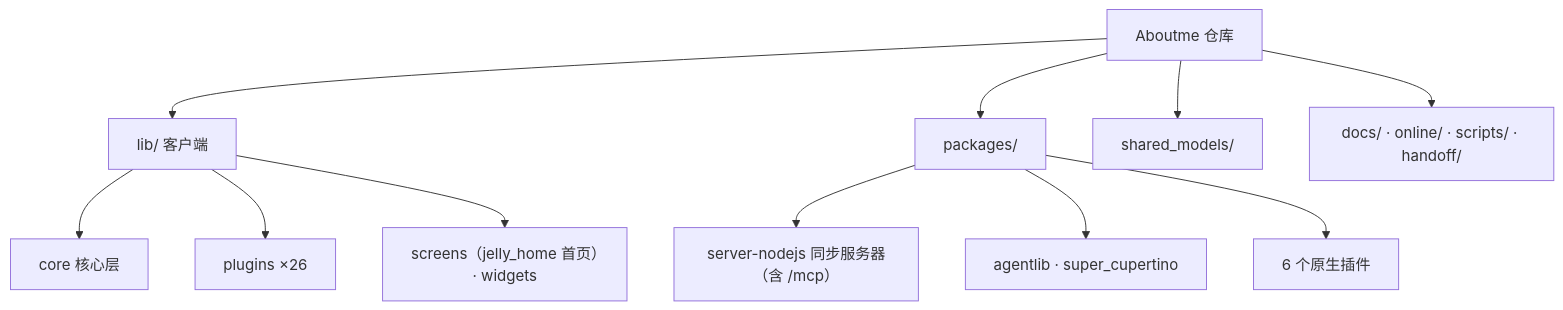
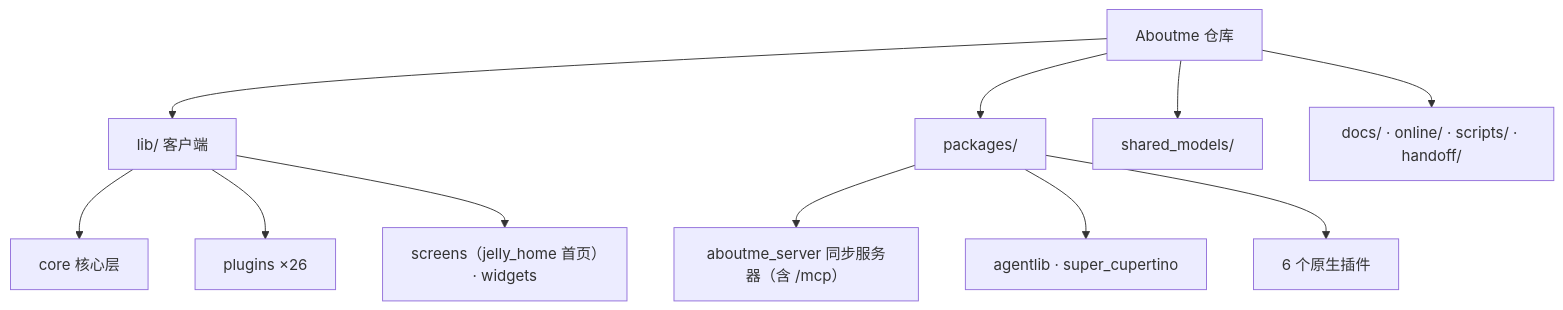
The diagram in CLAUDE.md (hunmer/about-me), drawn with Mermaid before and after one commit. The commit also changed other lines of this file and 74 other files, not shown here.

````diff
--- a/CLAUDE.md
+++ b/CLAUDE.md
@@ -52,13 +54,13 @@
 ```mermaid
 graph TD
     Root["Aboutme 仓库"] --> Lib["lib/ 客户端"]
     Root --> Pkg["packages/"]
     Root --> Shared["shared_models/"]
     Root --> Docs["docs/ · online/ · scripts/ · handoff/"]
-    Pkg --> Srv["server-nodejs 同步服务器（含 /mcp）"]
+    Pkg --> Srv["aboutme_server 同步服务器（含 /mcp）"]
     Pkg --> Dart["agentlib · super_cupertino"]
     Pkg --> Native["6 个原生插件"]
     Lib --> Core["core 核心层"]
     Lib --> Plugins["plugins ×26"]
     Lib --> UI["screens（jelly_home 首页）· widgets"]
 ```
````
